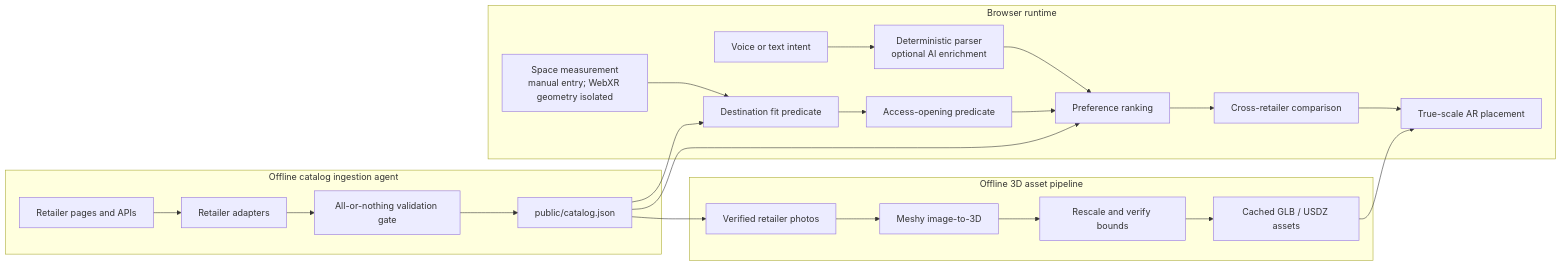
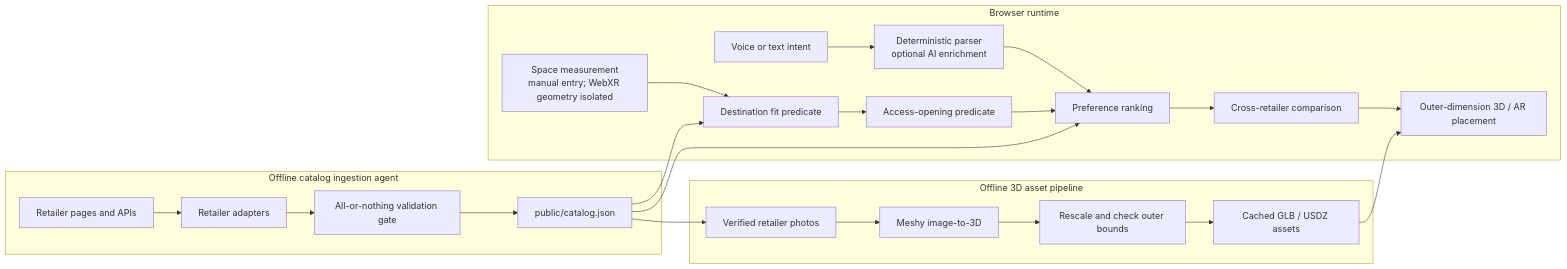
One commit to tuilachit/nighthackathon changed the diagram in README.md. Above: the diagram before and after it, drawn with Mermaid. The commit also changed other lines of this file and 2 other files, not shown here.

Commit message:
docs: document live-search architecture and operations

````diff
--- a/README.md
+++ b/README.md
@@ -17,40 +17,40 @@
 ```mermaid
 flowchart LR
   subgraph Runtime["Browser runtime"]
     Measure["Space measurement<br/>manual entry; WebXR geometry isolated"]
     Intent["Voice or text intent"]
     Parse["Deterministic parser<br/>optional AI enrichment"]
     Fit["Destination fit predicate"]
     Access["Access-opening predicate"]
     Rank["Preference ranking"]
     Compare["Cross-retailer comparison"]
-    AR["True-scale AR placement"]
+    AR["Outer-dimension 3D / AR placement"]
 
     Measure --> Fit
     Intent --> Parse --> Rank
     Fit --> Access --> Rank --> Compare --> AR
   end
 
   subgraph Ingestion["Offline catalog ingestion agent"]
     Retailers["Retailer pages and APIs"]
     Adapters["Retailer adapters"]
     Validate["All-or-nothing validation gate"]
     Catalog["public/catalog.json"]
 
     Retailers --> Adapters --> Validate --> Catalog
   end
 
   subgraph Assets["Offline 3D asset pipeline"]
     Photos["Verified retailer photos"]
     Meshy["Meshy image-to-3D"]
-    Scale["Rescale and verify bounds"]
+    Scale["Rescale and check outer bounds"]
     Models["Cached GLB / USDZ assets"]
 
     Photos --> Meshy --> Scale --> Models
   end
 
   Catalog --> Fit
   Catalog --> Rank
   Catalog --> Photos
   Models --> AR
 ```
````
